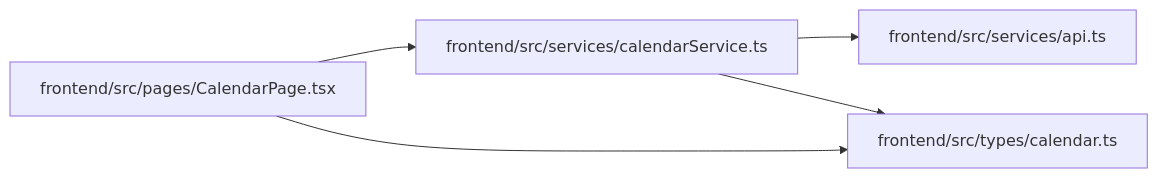
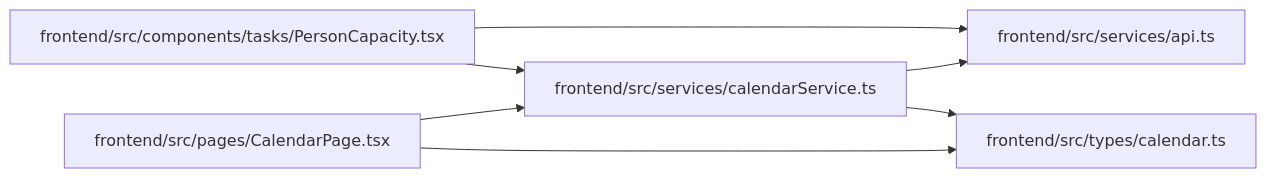
The diagram in docs/llm_wiki/modules/calendarService.md (Denissvgn/WorkChord), drawn with Mermaid before and after one commit. The commit also changed other lines of this file and 1888 other files, not shown here.

````diff
--- a/docs/llm_wiki/modules/calendarService.md
+++ b/docs/llm_wiki/modules/calendarService.md
@@ -26,15 +26,19 @@
 ```mermaid
 flowchart LR
-    n0["frontend/src/pages/CalendarPage.tsx"]
-    n1["frontend/src/services/api.ts"]
-    n2["frontend/src/services/calendarService.ts"]
-    n3["frontend/src/types/calendar.ts"]
+    n0["frontend/src/components/tasks/PersonCapacity.tsx"]
+    n1["frontend/src/pages/CalendarPage.tsx"]
+    n2["frontend/src/services/api.ts"]
+    n3["frontend/src/services/calendarService.ts"]
+    n4["frontend/src/types/calendar.ts"]
     n0 --> n2
     n0 --> n3
-    n2 --> n1
-    n2 --> n3
-    click n0 "../modules/CalendarPage.md"
-    click n1 "../modules/api.md"
-    click n2 "../modules/calendarService.md"
-    click n3 "../modules/types_calendar.md"
+    n1 --> n3
+    n1 --> n4
+    n3 --> n2
+    n3 --> n4
+    click n0 "../modules/PersonCapacity.md"
+    click n1 "../modules/CalendarPage.md"
+    click n2 "../modules/api.md"
+    click n3 "../modules/calendarService.md"
+    click n4 "../modules/types_calendar.md"
 ```
````
